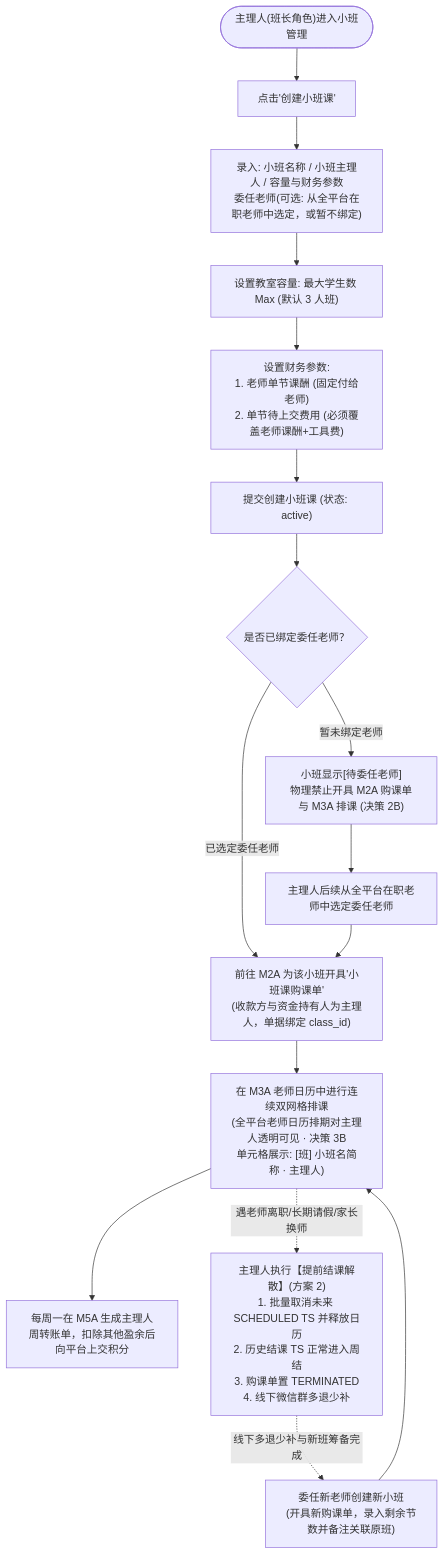
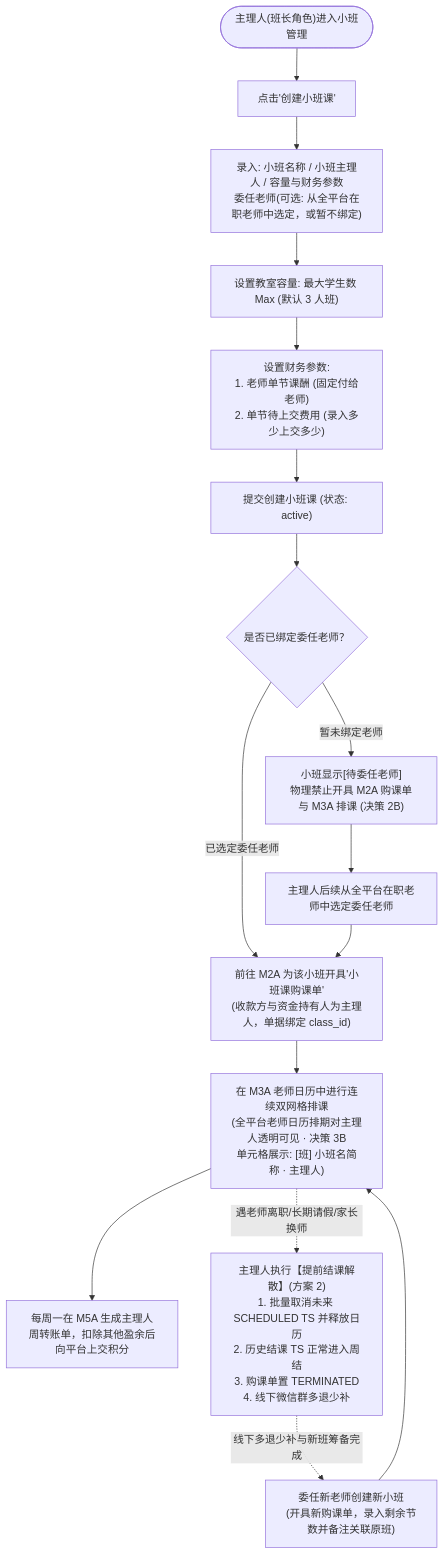
The first of 2 diagrams in docs/prd/m1c_classes.md (Onezao/dream), drawn with Mermaid before and after one commit. The commit also changed other lines of this file and 35 other files, not shown here.

````diff
--- a/docs/prd/m1c_classes.md
+++ b/docs/prd/m1c_classes.md
@@ -51,22 +51,22 @@
 ```mermaid
 flowchart TD
     Start(["主理人(班长角色)进入小班管理"]) --> CreateClick["点击'创建小班课'"]
     CreateClick --> InputConfig["录入: 小班名称 / 小班主理人 / 容量与财务参数\n委任老师(可选: 从全平台在职老师中选定，或暂不绑定)"]
     InputConfig --> SetCapacity["设置教室容量: 最大学生数 Max (默认 3 人班)"]
-    SetCapacity --> SetFinance["设置财务参数:\n1. 老师单节课酬 (固定付给老师)\n2. 单节待上交费用 (必须覆盖老师课酬+工具费)"]
+    SetCapacity --> SetFinance["设置财务参数:\n1. 老师单节课酬 (固定付给老师)\n2. 单节待上交费用 (录入多少上交多少)"]
     
     SetFinance --> SubmitClass["提交创建小班课 (状态: active)"]
     SubmitClass --> CheckTeacherBound{"是否已绑定委任老师？"}
     
     CheckTeacherBound -- "暂未绑定老师" --> BlockOrderAndSched["小班显示[待委任老师]\n物理禁止开具 M2A 购课单与 M3A 排课 (决策 2B)"]
     BlockOrderAndSched --> AppointLater["主理人后续从全平台在职老师中选定委任老师"]
     
     CheckTeacherBound -- "已选定委任老师" --> PurchaseOrder["前往 M2A 为该小班开具'小班课购课单'\n(收款方与资金持有人为主理人，单据绑定 class_id)"]
     AppointLater --> PurchaseOrder
     PurchaseOrder --> ScheduleCalendar["在 M3A 老师日历中进行连续双网格排课\n(全平台老师日历排期对主理人透明可见 · 决策 3B\n单元格展示: [班] 小班名简称 · 主理人)"]
     ScheduleCalendar --> WeeklySettlement["每周一在 M5A 生成主理人周转账单，扣除其他盈余后向平台上交积分"]
     
     ScheduleCalendar -. "遇老师离职/长期请假/家长换师" .-> EarlyTerm["主理人执行【提前结课解散】(方案 2)\n1. 批量取消未来 SCHEDULED TS 并释放日历\n2. 历史结课 TS 正常进入周结\n3. 购课单置 TERMINATED\n4. 线下微信群多退少补"]
     EarlyTerm -. "线下多退少补与新班筹备完成" .-> CreateNewClass["委任新老师创建新小班\n(开具新购课单，录入剩余节数并备注关联原班)"]
     CreateNewClass --> ScheduleCalendar
 ```
````
